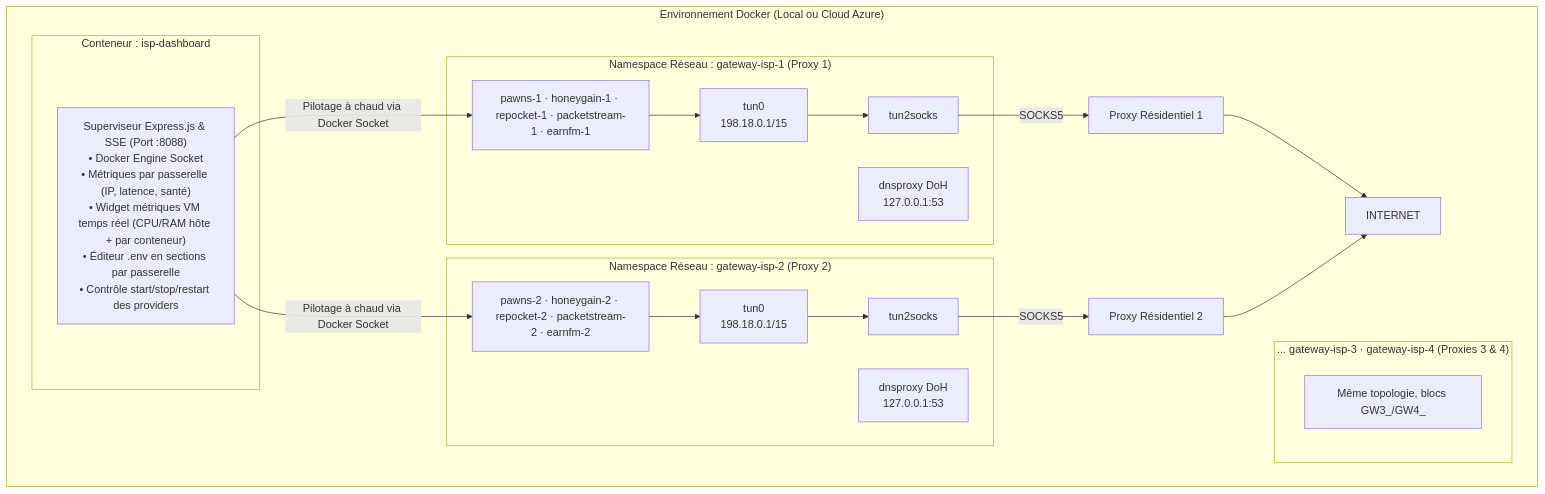
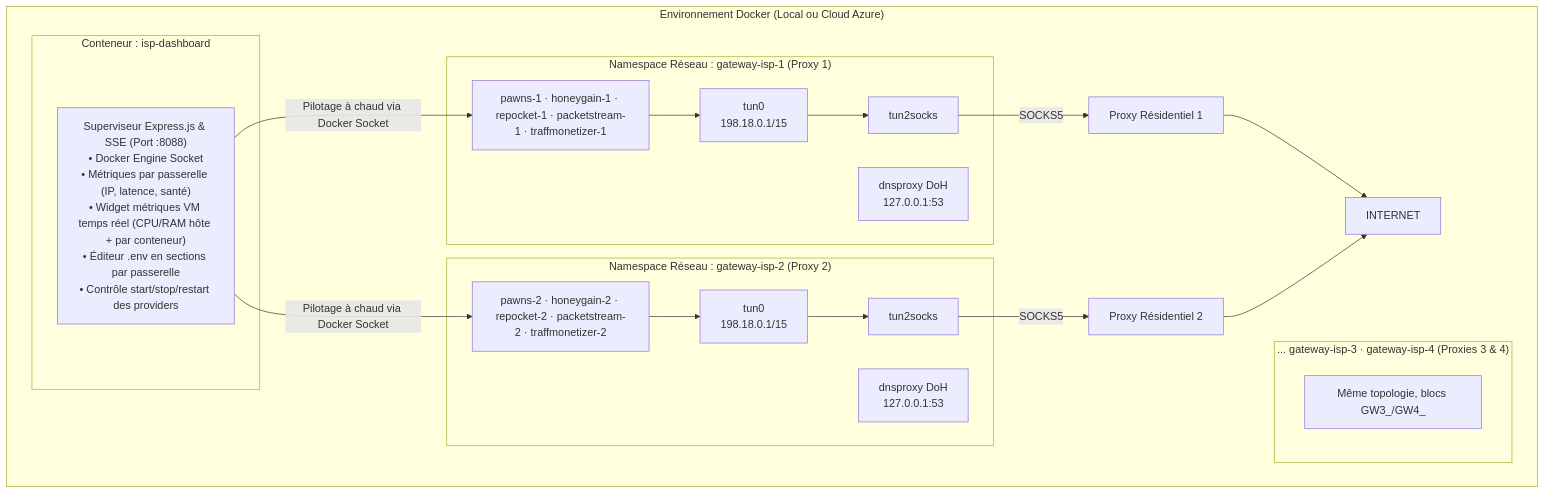
One commit to ki2pixel/proxy_docker changed the diagram in README.md. Above: the diagram before and after it, drawn with Mermaid. The commit also changed other lines of this file and 36 other files, not shown here.

````diff
--- a/README.md
+++ b/README.md
@@ -11,32 +11,32 @@
 ```mermaid
 graph TD
     subgraph Docker ["Environnement Docker (Local ou Cloud Azure)"]
         subgraph GW1 ["Namespace Réseau : gateway-isp-1 (Proxy 1)"]
             TUN1["tun0<br>198.18.0.1/15"] --> T2S1["tun2socks"]
             DOH1["dnsproxy DoH<br>127.0.0.1:53"]
-            P1["pawns-1 · honeygain-1 · repocket-1 · packetstream-1 · earnfm-1"]
+            P1["pawns-1 · honeygain-1 · repocket-1 · packetstream-1 · traffmonetizer-1"]
         end
         subgraph GW2 ["Namespace Réseau : gateway-isp-2 (Proxy 2)"]
             TUN2["tun0<br>198.18.0.1/15"] --> T2S2["tun2socks"]
             DOH2["dnsproxy DoH<br>127.0.0.1:53"]
-            P2["pawns-2 · honeygain-2 · repocket-2 · packetstream-2 · earnfm-2"]
+            P2["pawns-2 · honeygain-2 · repocket-2 · packetstream-2 · traffmonetizer-2"]
         end
         subgraph GW4 ["... gateway-isp-3 · gateway-isp-4 (Proxies 3 & 4)"]
             P4["Même topologie, blocs GW3_/GW4_"]
         end
 
         subgraph DashboardContainer ["Conteneur : isp-dashboard"]
             DASH["Superviseur Express.js & SSE (Port :8088)<br>• Docker Engine Socket<br>• Métriques par passerelle (IP, latence, santé)<br>• Widget métriques VM temps réel (CPU/RAM hôte + par conteneur)<br>• Éditeur .env en sections par passerelle<br>• Contrôle start/stop/restart des providers"]
         end
 
         UPSTREAM1["Proxy Résidentiel 1"] --> INTERNET
         UPSTREAM2["Proxy Résidentiel 2"] --> INTERNET
     end
 
     P1 --> TUN1
     P2 --> TUN2
     T2S1 -->|SOCKS5| UPSTREAM1
     T2S2 -->|SOCKS5| UPSTREAM2
     DASH -->|Pilotage à chaud via Docker Socket| P1
     DASH -->|Pilotage à chaud via Docker Socket| P2
 ```
````
